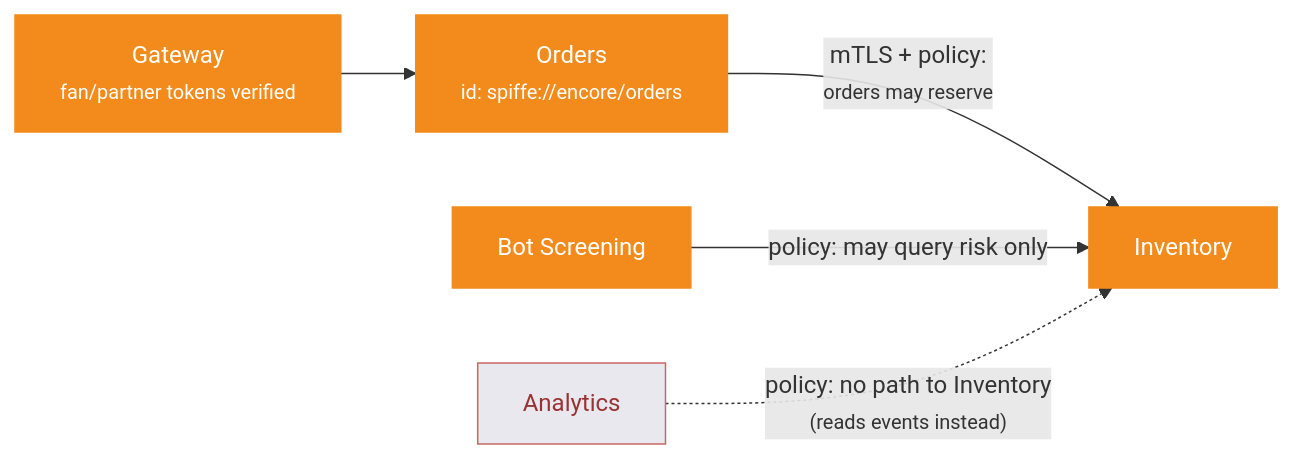
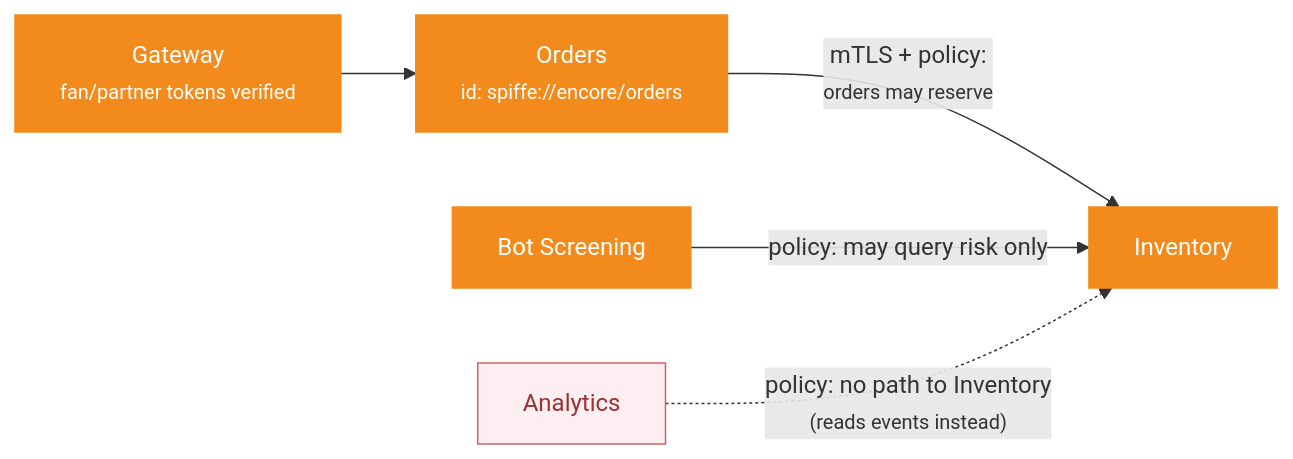
Before and after one commit to oleksiyp/arch-book: diagram 18 of 22 in README.md, drawn with Mermaid. The commit also changed other lines of this file and 2 other files, not shown here.

First line of the commit message:
Mermaid theme overhaul + gradient slash aligned with title

```diff
--- a/README.md
+++ b/README.md
@@ -1695,11 +1698,11 @@
 <pre class="mermaid">
 flowchart LR
     gw["Gateway<br/><small>fan/partner tokens verified</small>"] --> ord["Orders<br/><small>id: spiffe://encore/orders</small>"]
     ord -- "mTLS + policy:<br/><small>orders may reserve</small>" --> inv["Inventory"]
     bot["Bot Screening"] -- "policy: may query risk only" --> inv
     ana["Analytics"] -. "policy: no path to Inventory<br/><small>(reads events instead)</small>" .-> inv
     classDef ok fill:#f38b1c,stroke:#f38b1c,color:#fff
-    classDef deny fill:#e8e8ee,stroke:#c66,color:#933
+    classDef deny fill:#fdeef2,stroke:#c66,color:#933
     class gw,ord,inv,bot ok
     class ana deny
 </pre>
```
